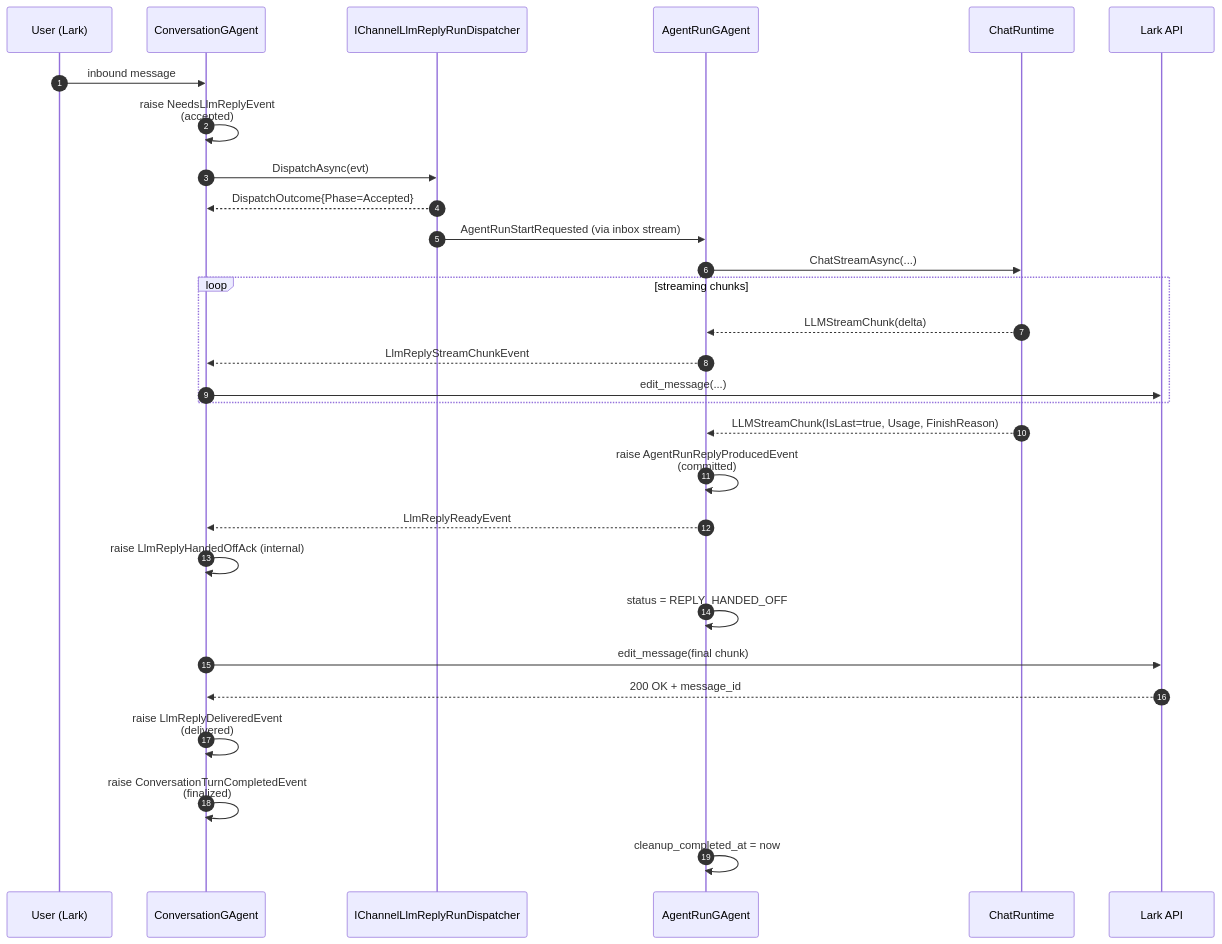
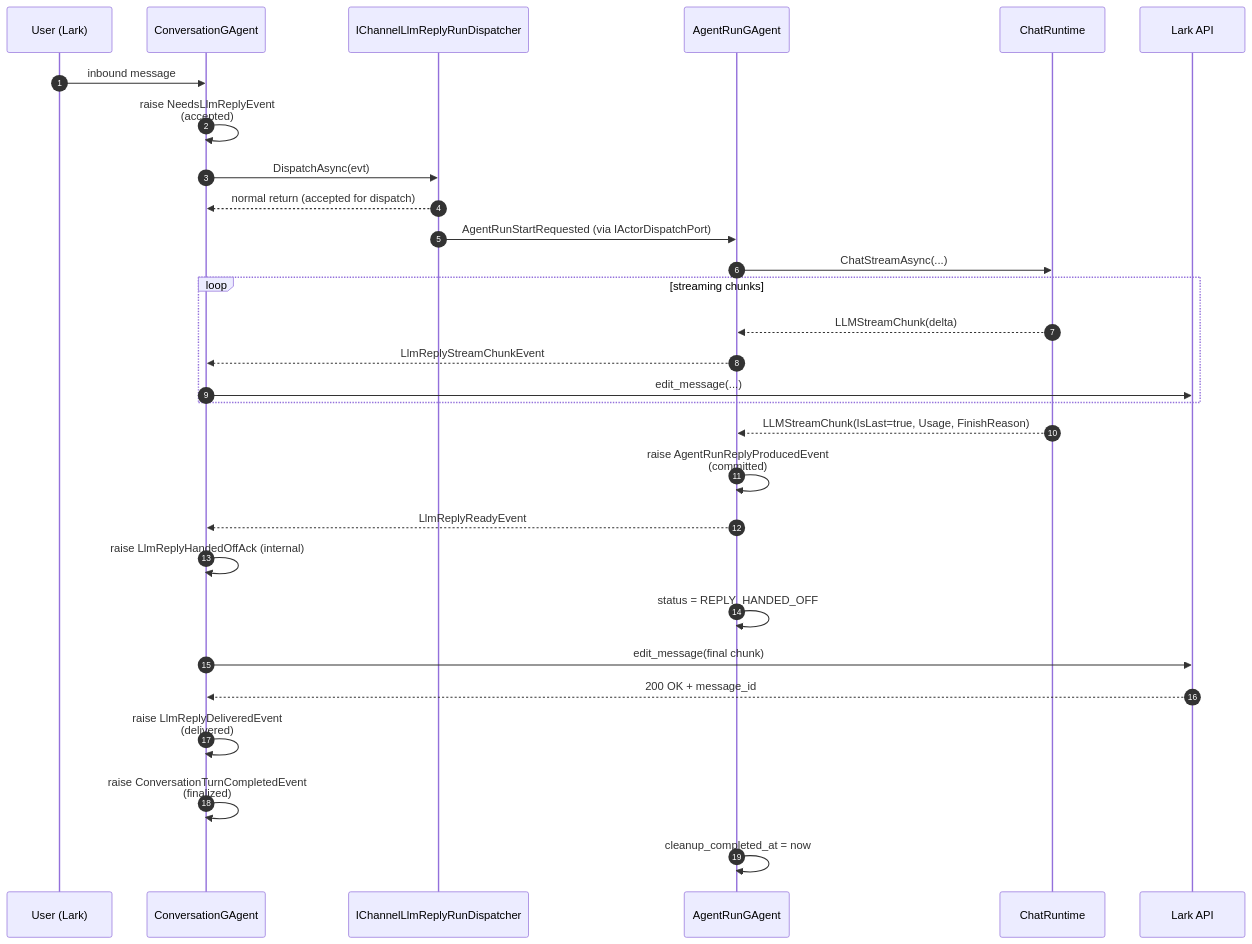
One commit to aevatarAI/aevatar changed the first of 6 diagrams in docs/canon/lark-reply-completion-semantics.md. Above: the diagram before and after it, drawn with Mermaid. The commit also changed other lines of this file and 8 other files, not shown here.

First line of the commit message:
iter56 cluster-935: agent run actor-owned admission + plain Task DispatchAsync

````diff
--- a/docs/canon/lark-reply-completion-semantics.md
+++ b/docs/canon/lark-reply-completion-semantics.md
@@ -40,33 +40,33 @@
 ```mermaid
 %%{init: {"maxTextSize": 100000, "flowchart": {"useMaxWidth": false, "nodeSpacing": 10, "rankSpacing": 50}, "themeVariables": {"fontSize": "10px"}}}%%
 sequenceDiagram
     autonumber
     participant U as User (Lark)
     participant CGA as ConversationGAgent
     participant D as IChannelLlmReplyRunDispatcher
     participant ARG as AgentRunGAgent
     participant CR as ChatRuntime
     participant LK as Lark API
 
     U->>CGA: inbound message
     CGA->>CGA: raise NeedsLlmReplyEvent<br/>(accepted)
     CGA->>D: DispatchAsync(evt)
-    D-->>CGA: DispatchOutcome{Phase=Accepted}
-    D->>ARG: AgentRunStartRequested (via inbox stream)
+    D-->>CGA: normal return (accepted for dispatch)
+    D->>ARG: AgentRunStartRequested (via IActorDispatchPort)
     ARG->>CR: ChatStreamAsync(...)
     loop streaming chunks
         CR-->>ARG: LLMStreamChunk(delta)
         ARG-->>CGA: LlmReplyStreamChunkEvent
         CGA->>LK: edit_message(...)
     end
     CR-->>ARG: LLMStreamChunk(IsLast=true, Usage, FinishReason)
     ARG->>ARG: raise AgentRunReplyProducedEvent<br/>(committed)
     ARG-->>CGA: LlmReplyReadyEvent
     CGA->>CGA: raise LlmReplyHandedOffAck (internal)
     ARG->>ARG: status = REPLY_HANDED_OFF
     CGA->>LK: edit_message(final chunk)
     LK-->>CGA: 200 OK + message_id
     CGA->>CGA: raise LlmReplyDeliveredEvent<br/>(delivered)
     CGA->>CGA: raise ConversationTurnCompletedEvent<br/>(finalized)
     ARG->>ARG: cleanup_completed_at = now
 ```
````
